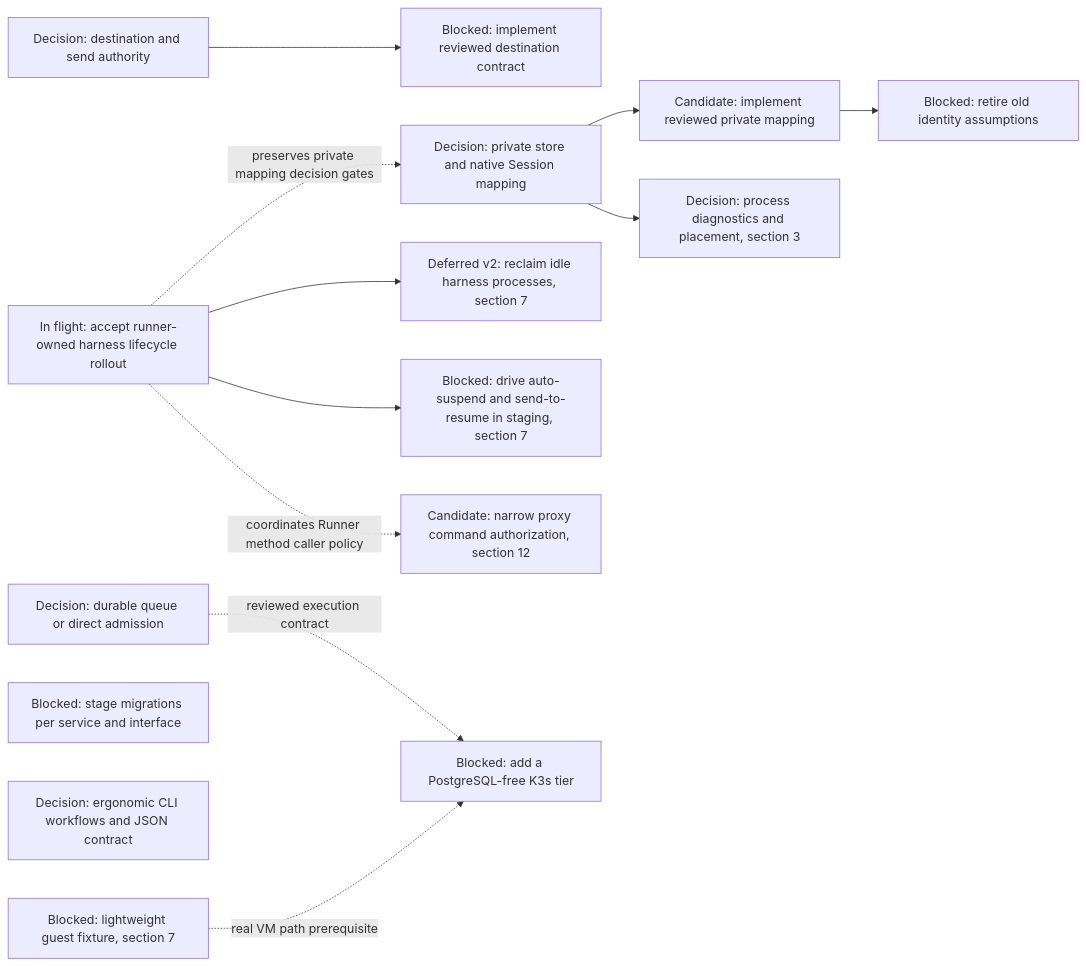
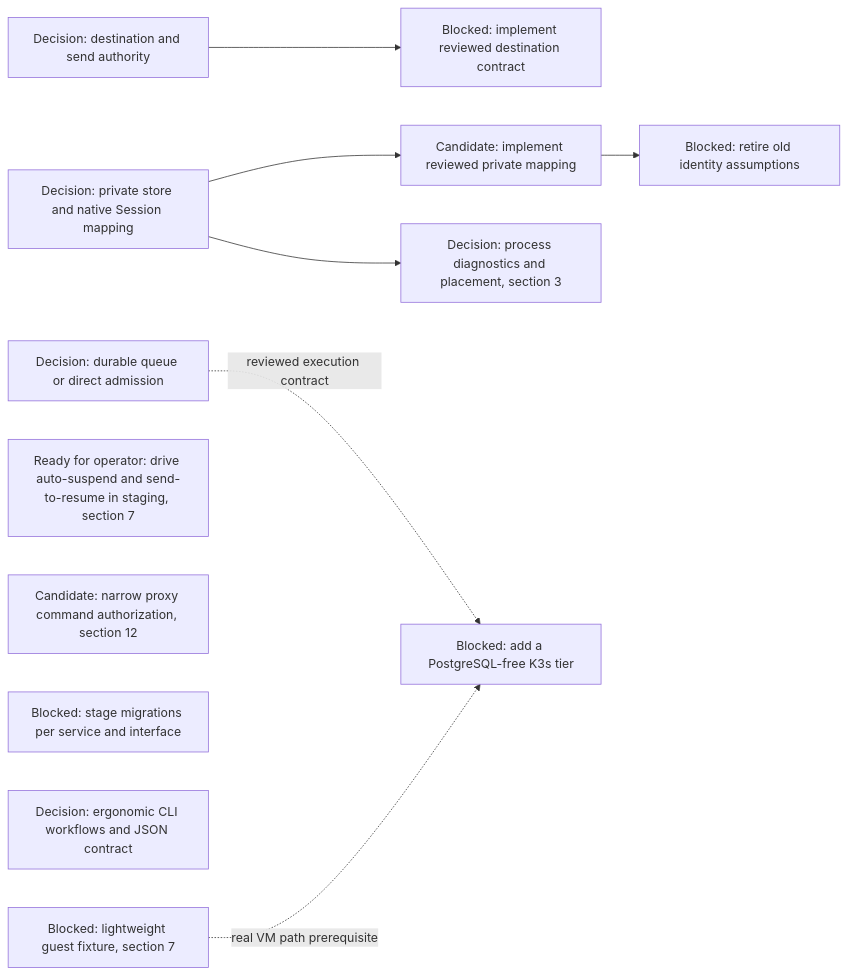
One commit to agentydragon-agent/ducktape changed diagram 16 of 16 in agentplane/plans/task_dag.md. Above: the diagram before and after it, drawn with Mermaid. The commit also changed other lines of this file and 4 other files, not shown here.

First line of the commit message:
docs(agentplane): close harness lifecycle rollout acceptance (#10967)

````diff
--- a/agentplane/plans/task_dag.md
+++ b/agentplane/plans/task_dag.md
@@ -1707,28 +1690,22 @@
 ```mermaid
 flowchart LR
     DISPATCHER_PERSISTENCE_MODEL_DESIGN[Decision: durable queue or direct admission]
     DELIVERY_DESTINATION_AUTHORITY_DESIGN[Decision: destination and send authority]
     DELIVERY_DESTINATION_CONTRACT[Blocked: implement reviewed destination contract]
     HARNESS_IDENTITY_DESIGN[Decision: private store and native Session mapping]
     RUNNER_STORE_SESSION_IDENTITY[Candidate: implement reviewed private mapping]
     RUNNER_IDENTITY_LEGACY_CLEANUP[Blocked: retire old identity assumptions]
-    HARNESS_LIFECYCLE_OWNERSHIP[In flight: accept runner-owned harness lifecycle rollout]
-    RUNNER_IDLE_HARNESS_REAP[Deferred v2: reclaim idle harness processes, section 7]
-    IDLE_SUSPEND_UI_DRIVE[Blocked: drive auto-suspend and send-to-resume in staging, section 7]
+    IDLE_SUSPEND_UI_DRIVE[Ready for operator: drive auto-suspend and send-to-resume in staging, section 7]
     PROXY_START_METHODS_DISPATCHER_ONLY[Candidate: narrow proxy command authorization, section 12]
     RUNNER_HARNESS_OBJECTS_DESIGN[Decision: process diagnostics and placement, section 3]
     SERVICE_API_TRANSPORT_MIGRATIONS[Blocked: stage migrations per service and interface]
     AGENT_API_TOOLING_DESIGN[Decision: ergonomic CLI workflows and JSON contract]
     CNPG_FREE_K3S_INTEGRATION_TIER[Blocked: add a PostgreSQL-free K3s tier]
     K3S_VM_IMAGE[Blocked: lightweight guest fixture, section 7]
     DELIVERY_DESTINATION_AUTHORITY_DESIGN --> DELIVERY_DESTINATION_CONTRACT
     RUNNER_STORE_SESSION_IDENTITY --> RUNNER_IDENTITY_LEGACY_CLEANUP
     HARNESS_IDENTITY_DESIGN --> RUNNER_STORE_SESSION_IDENTITY
     HARNESS_IDENTITY_DESIGN --> RUNNER_HARNESS_OBJECTS_DESIGN
-    HARNESS_LIFECYCLE_OWNERSHIP --> IDLE_SUSPEND_UI_DRIVE
-    HARNESS_LIFECYCLE_OWNERSHIP -. coordinates Runner method caller policy .-> PROXY_START_METHODS_DISPATCHER_ONLY
-    HARNESS_LIFECYCLE_OWNERSHIP -. preserves private mapping decision gates .-> HARNESS_IDENTITY_DESIGN
-    HARNESS_LIFECYCLE_OWNERSHIP --> RUNNER_IDLE_HARNESS_REAP
     DISPATCHER_PERSISTENCE_MODEL_DESIGN -. reviewed execution contract .-> CNPG_FREE_K3S_INTEGRATION_TIER
     K3S_VM_IMAGE -. real VM path prerequisite .-> CNPG_FREE_K3S_INTEGRATION_TIER
 ```
````
